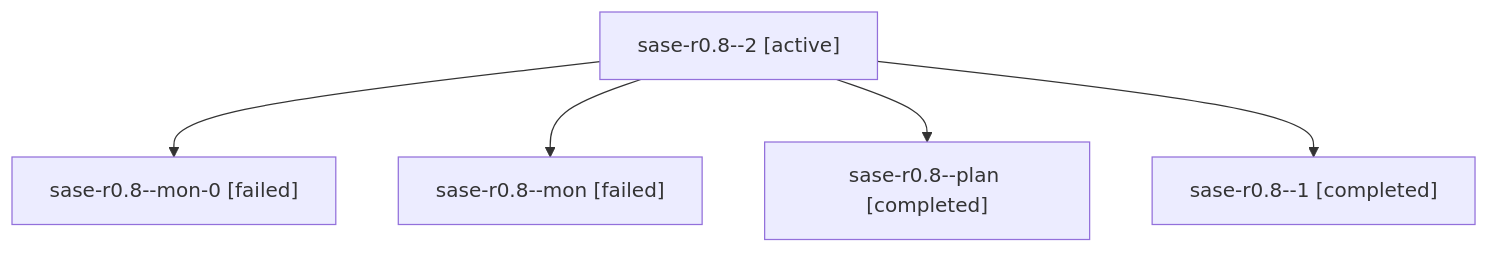
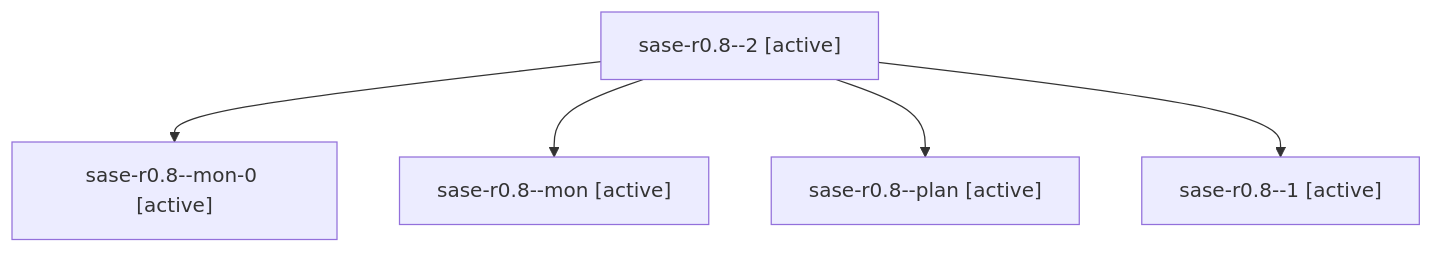
One commit to sase-org/sase--agents changed the diagram in families/bbugyi200.athena.sase-r0.8.md. Above: the diagram before and after it, drawn with Mermaid. The commit also changed other lines of this file and 35830 other files, not shown here.

````diff
--- a/families/bbugyi200.athena.sase-r0.8.md
+++ b/families/bbugyi200.athena.sase-r0.8.md
@@ -9,12 +9,12 @@
 ```mermaid
 flowchart TD
   n0["sase-r0.8--2 [active]"]
-  n1["sase-r0.8--mon-0 [failed]"]
+  n1["sase-r0.8--mon-0 [active]"]
   n0 --> n1
-  n2["sase-r0.8--mon [failed]"]
+  n2["sase-r0.8--mon [active]"]
   n0 --> n2
-  n3["sase-r0.8--plan [completed]"]
+  n3["sase-r0.8--plan [active]"]
   n0 --> n3
-  n4["sase-r0.8--1 [completed]"]
+  n4["sase-r0.8--1 [active]"]
   n0 --> n4
 ```
````
